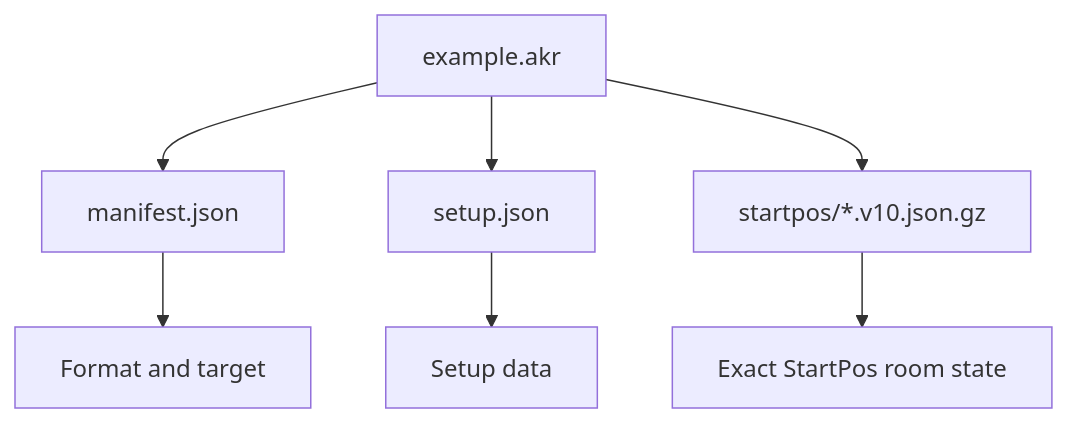
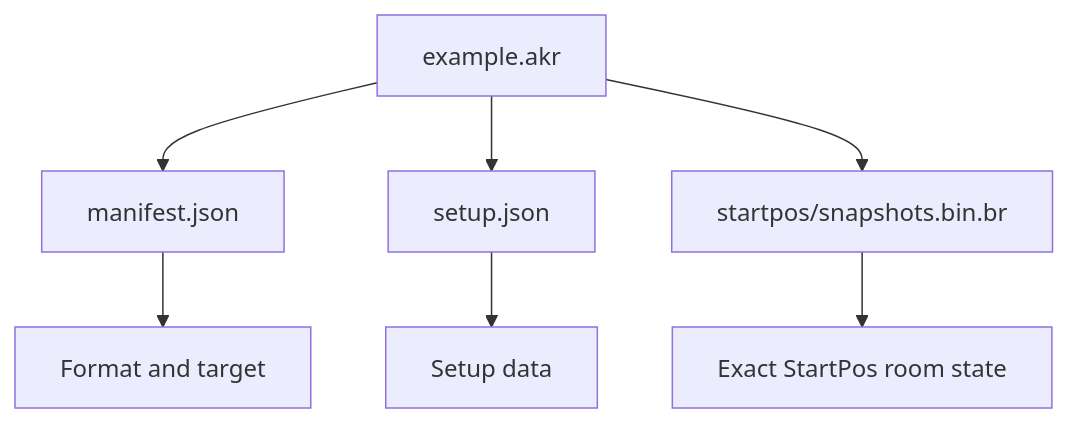
One commit to Microck/akron changed the diagram in docs/concepts/akr-files-and-setup-state.mdx. Above: the diagram before and after it, drawn with Mermaid. The commit also changed other lines of this file and 25 other files, not shown here.

````diff
--- a/docs/concepts/akr-files-and-setup-state.mdx
+++ b/docs/concepts/akr-files-and-setup-state.mdx
@@ -27,9 +27,9 @@
 ```mermaid
 flowchart TD
   archive["example.akr"] --> manifest["manifest.json"]
   archive --> payload["setup.json"]
-  archive --> snapshots["startpos/*.v10.json.gz"]
+  archive --> snapshots["startpos/snapshots.bin.br"]
   manifest --> target["Format and target"]
   payload --> settings["Setup data"]
   snapshots --> roomState["Exact StartPos room state"]
 ```
````
